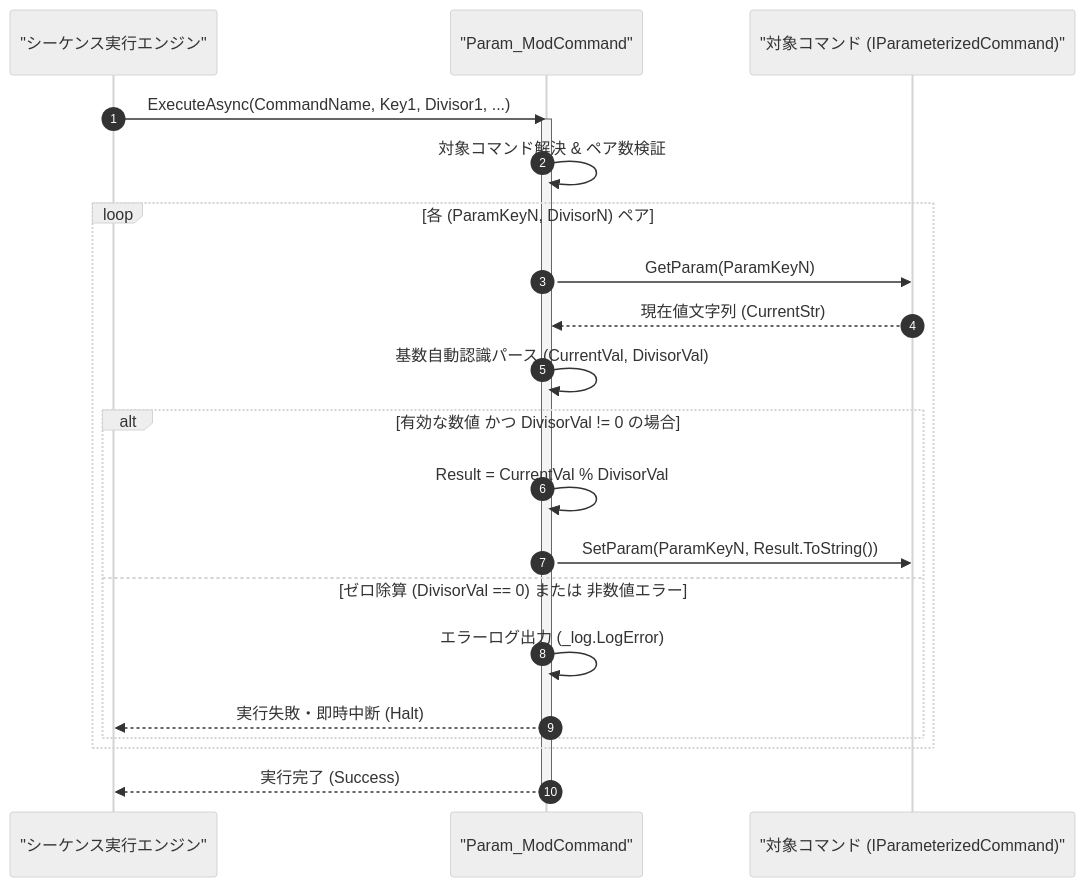
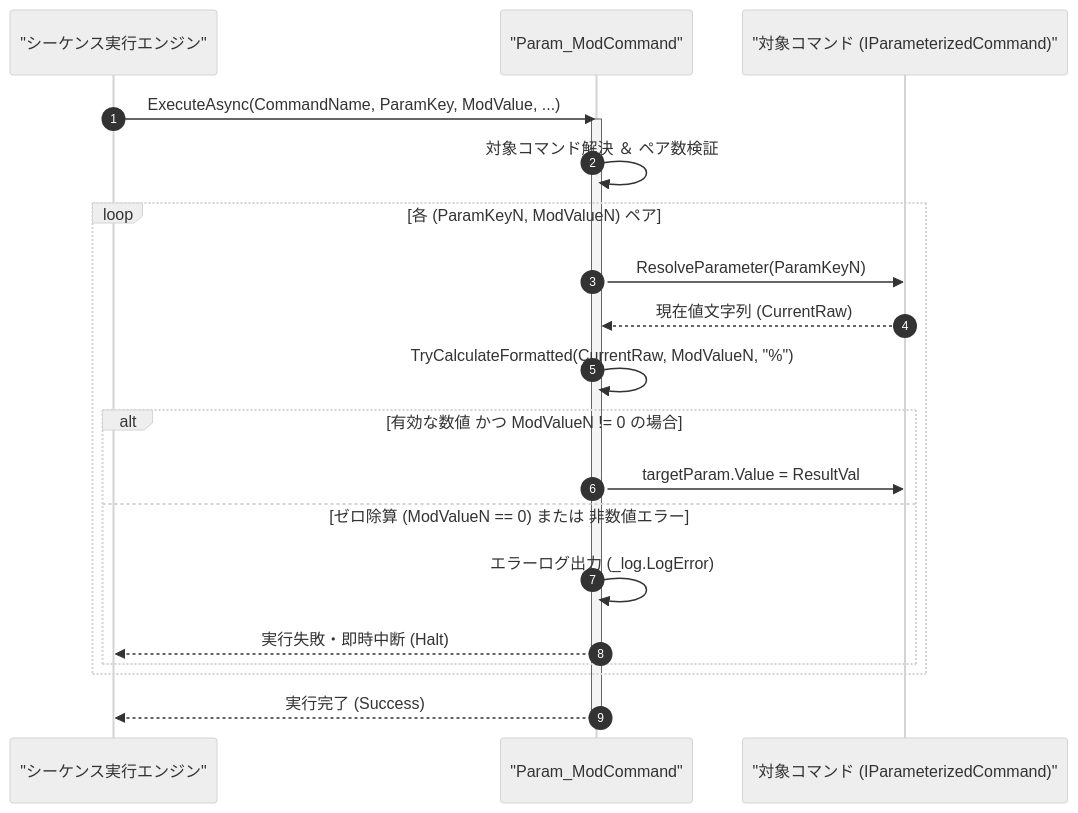
Before and after one commit to Monaca-App/TermAddIn: the diagram in Manual/Core/Param/Param_Mod.Md, drawn with Mermaid (neutral theme). The commit also changed other lines of this file and 40 other files, not shown here.

````diff
--- a/Manual/Core/Param/Param_Mod.Md
+++ b/Manual/Core/Param/Param_Mod.Md
@@ -69,25 +69,24 @@
 ```mermaid
 sequenceDiagram
     autonumber
     participant Engine as "シーケンス実行エンジン"
     participant Cmd as "Param_ModCommand"
     participant TargetCmd as "対象コマンド (IParameterizedCommand)"
 
-    Engine->>Cmd: ExecuteAsync(CommandName, Key1, Divisor1, ...)
+    Engine->>Cmd: ExecuteAsync(CommandName, ParamKey, ModValue, ...)
     activate Cmd
-    Cmd->>Cmd: 対象コマンド解決 & ペア数検証
-    loop 各 (ParamKeyN, DivisorN) ペア
-        Cmd->>TargetCmd: GetParam(ParamKeyN)
-        TargetCmd-->>Cmd: 現在値文字列 (CurrentStr)
-        Cmd->>Cmd: 基数自動認識パース (CurrentVal, DivisorVal)
-        alt 有効な数値 かつ DivisorVal != 0 の場合
-            Cmd->>Cmd: Result = CurrentVal % DivisorVal
-            Cmd->>TargetCmd: SetParam(ParamKeyN, Result.ToString())
-        else ゼロ除算 (DivisorVal == 0) または 非数値エラー
+    Cmd->>Cmd: 対象コマンド解決 ＆ ペア数検証
+    loop 各 (ParamKeyN, ModValueN) ペア
+        Cmd->>TargetCmd: ResolveParameter(ParamKeyN)
+        TargetCmd-->>Cmd: 現在値文字列 (CurrentRaw)
+        Cmd->>Cmd: TryCalculateFormatted(CurrentRaw, ModValueN, "%")
+        alt 有効な数値 かつ ModValueN != 0 の場合
+            Cmd->>TargetCmd: targetParam.Value = ResultVal
+        else ゼロ除算 (ModValueN == 0) または 非数値エラー
             Cmd->>Cmd: エラーログ出力 (_log.LogError)
             Cmd-->>Engine: 実行失敗・即時中断 (Halt)
         end
     end
     Cmd-->>Engine: 実行完了 (Success)
     deactivate Cmd
 ```
````
